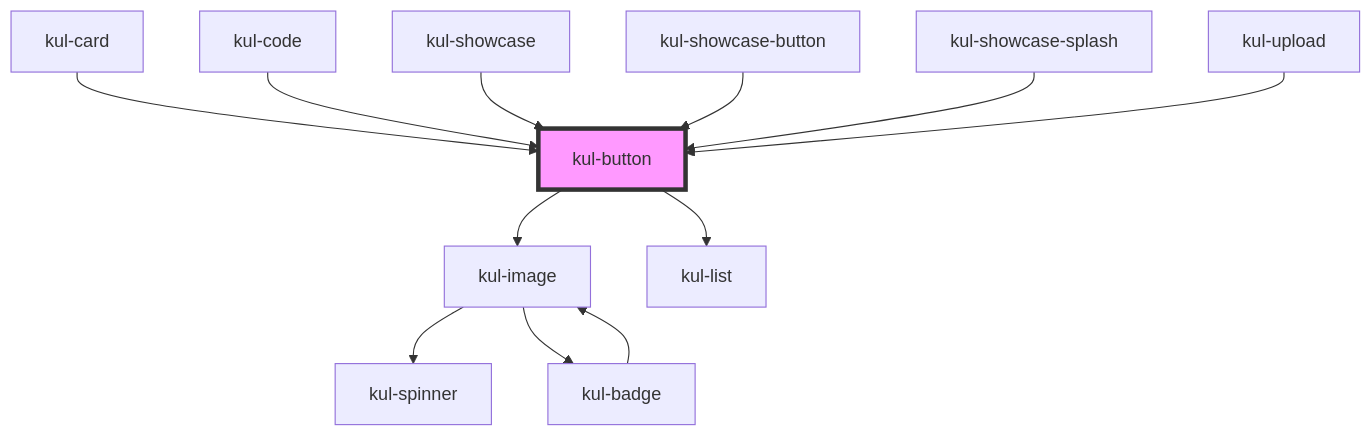
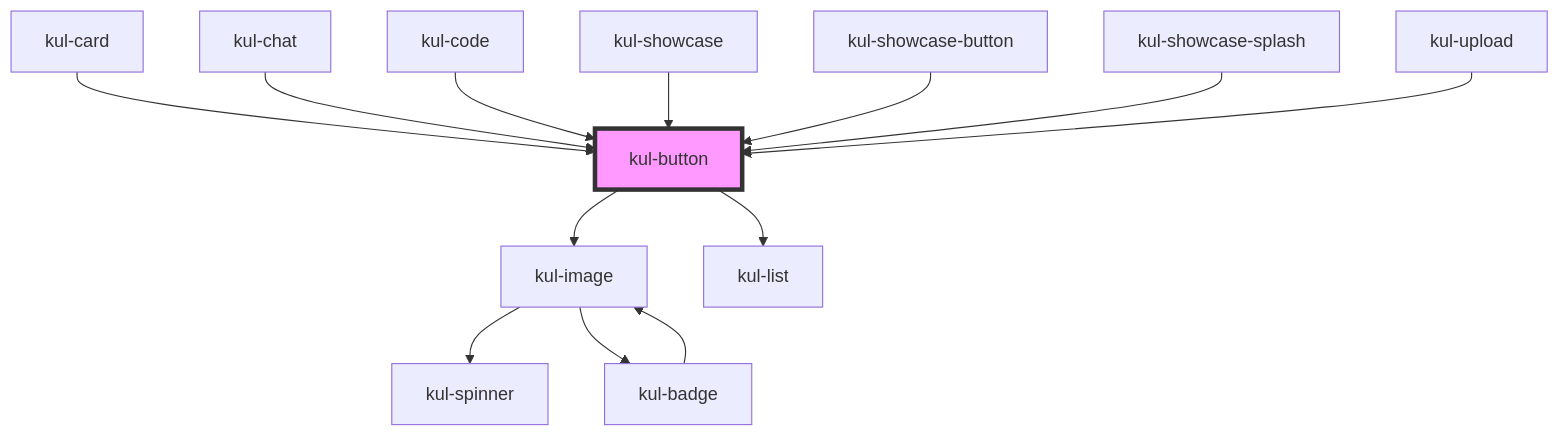
Before and after one commit to smeup/ketchup: the diagram in packages/ketchup-lite/src/components/kul-button/readme.md, drawn with Mermaid. The commit also changed other lines of this file and 25 other files, not shown here.

Commit message:
feat: new component kul-chat

````diff
--- a/packages/ketchup-lite/src/components/kul-button/readme.md
+++ b/packages/ketchup-lite/src/components/kul-button/readme.md
@@ -139,15 +140,16 @@
 ```mermaid
 graph TD;
   kul-button --> kul-image
   kul-button --> kul-list
   kul-image --> kul-spinner
   kul-image --> kul-badge
   kul-badge --> kul-image
   kul-card --> kul-button
+  kul-chat --> kul-button
   kul-code --> kul-button
   kul-showcase --> kul-button
   kul-showcase-button --> kul-button
   kul-showcase-splash --> kul-button
   kul-upload --> kul-button
   style kul-button fill:#f9f,stroke:#333,stroke-width:4px
 ```
````
